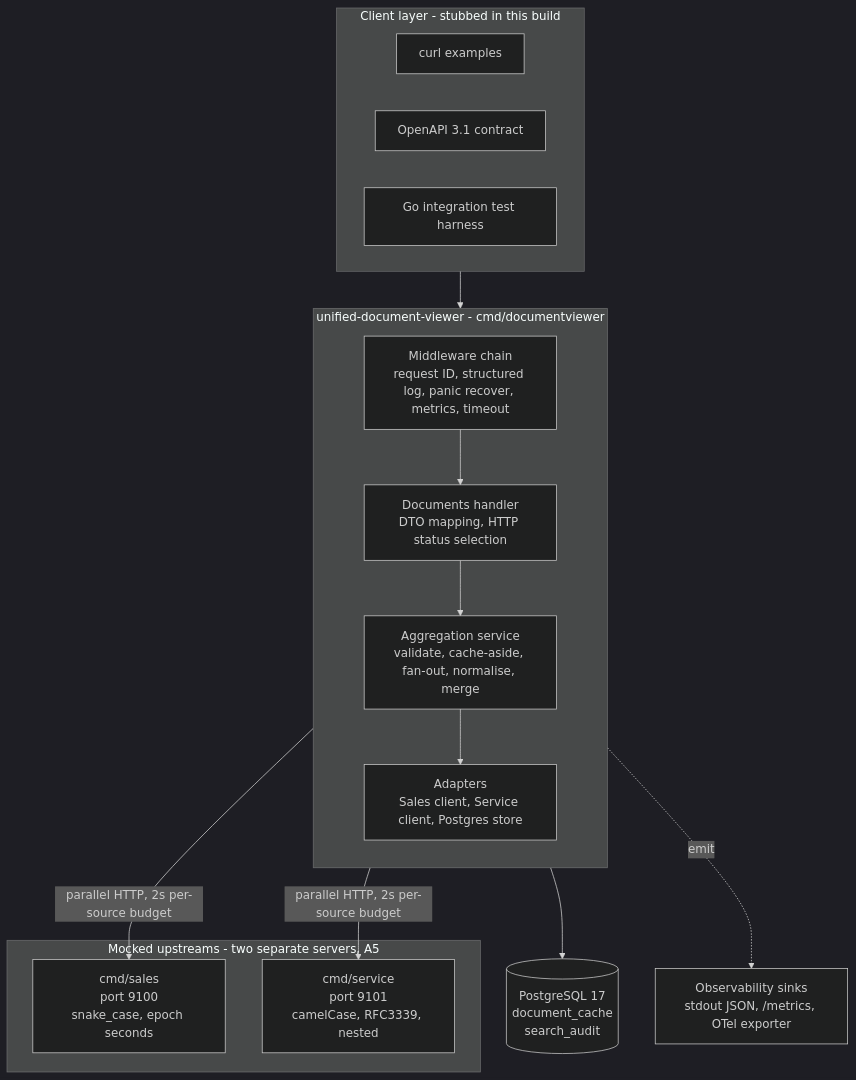
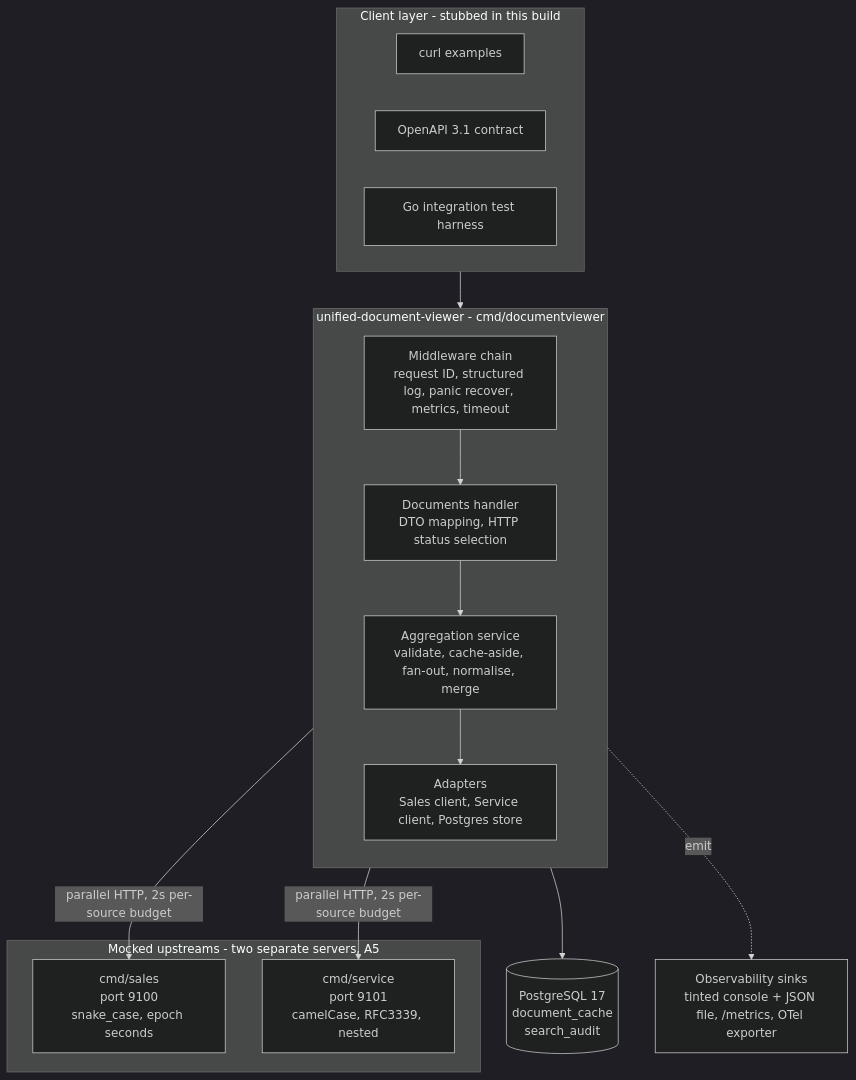
Before and after one commit to ducnd58233/keyloop-coding-challenge: the third of 7 diagrams in docs/design/SYSTEM_DESIGN.md, drawn with Mermaid (dark theme). The commit also changed other lines of this file and 39 other files, not shown here.

````diff
--- a/docs/design/SYSTEM_DESIGN.md
+++ b/docs/design/SYSTEM_DESIGN.md
@@ -338,33 +338,33 @@
 ```mermaid
 flowchart TB
     subgraph clients["Client layer - stubbed in this build"]
         C1["curl examples"]
         C2["OpenAPI 3.1 contract"]
         C3["Go integration test harness"]
     end
 
     subgraph app["unified-document-viewer - cmd/documentviewer"]
         direction TB
         MW["Middleware chain<br/>request ID, structured log, panic recover, metrics, timeout"]
         HDL["Documents handler<br/>DTO mapping, HTTP status selection"]
         AGG["Aggregation service<br/>validate, cache-aside, fan-out, normalise, merge"]
         ADP["Adapters<br/>Sales client, Service client, Postgres store"]
         MW --> HDL
         HDL --> AGG
         AGG --> ADP
     end
 
     subgraph mocks["Mocked upstreams - two separate servers, A5"]
         SALES["cmd/sales<br/>port 9100<br/>snake_case, epoch seconds"]
         SERVICE["cmd/service<br/>port 9101<br/>camelCase, RFC3339, nested"]
     end
 
     DB[("PostgreSQL 17<br/>document_cache<br/>search_audit")]
-    OBS["Observability sinks<br/>stdout JSON, /metrics, OTel exporter"]
+    OBS["Observability sinks<br/>tinted console + JSON file, /metrics, OTel exporter"]
 
     clients --> MW
     ADP -->|"parallel HTTP, 2s per-source budget"| SALES
     ADP -->|"parallel HTTP, 2s per-source budget"| SERVICE
     ADP --> DB
     app -.->|"emit"| OBS
 ```
````
